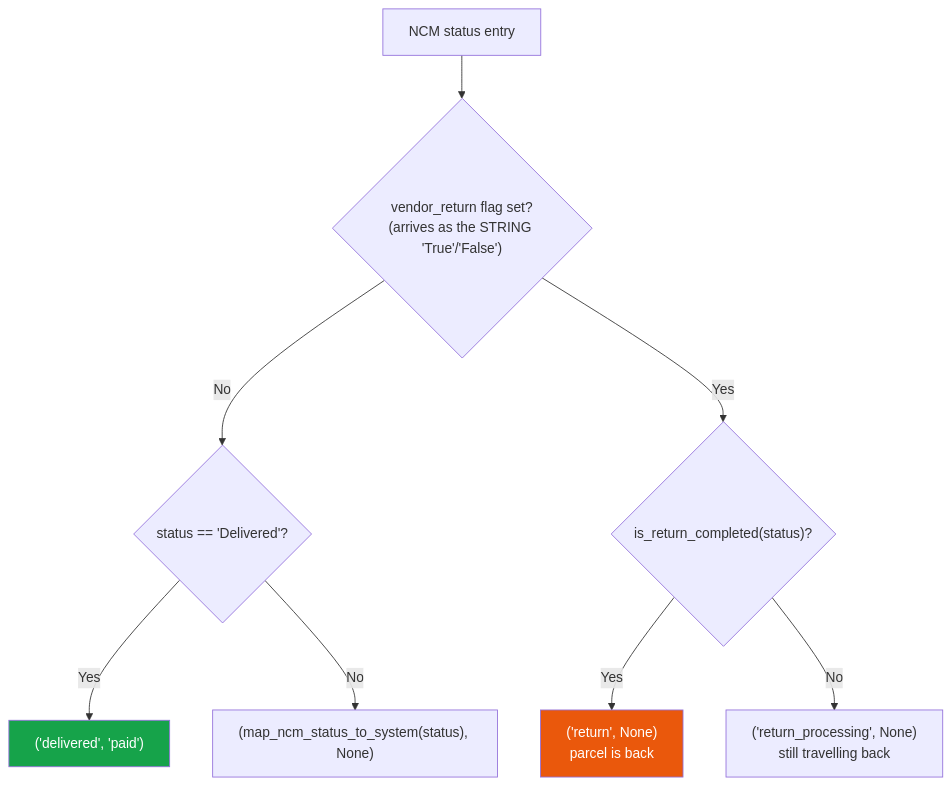
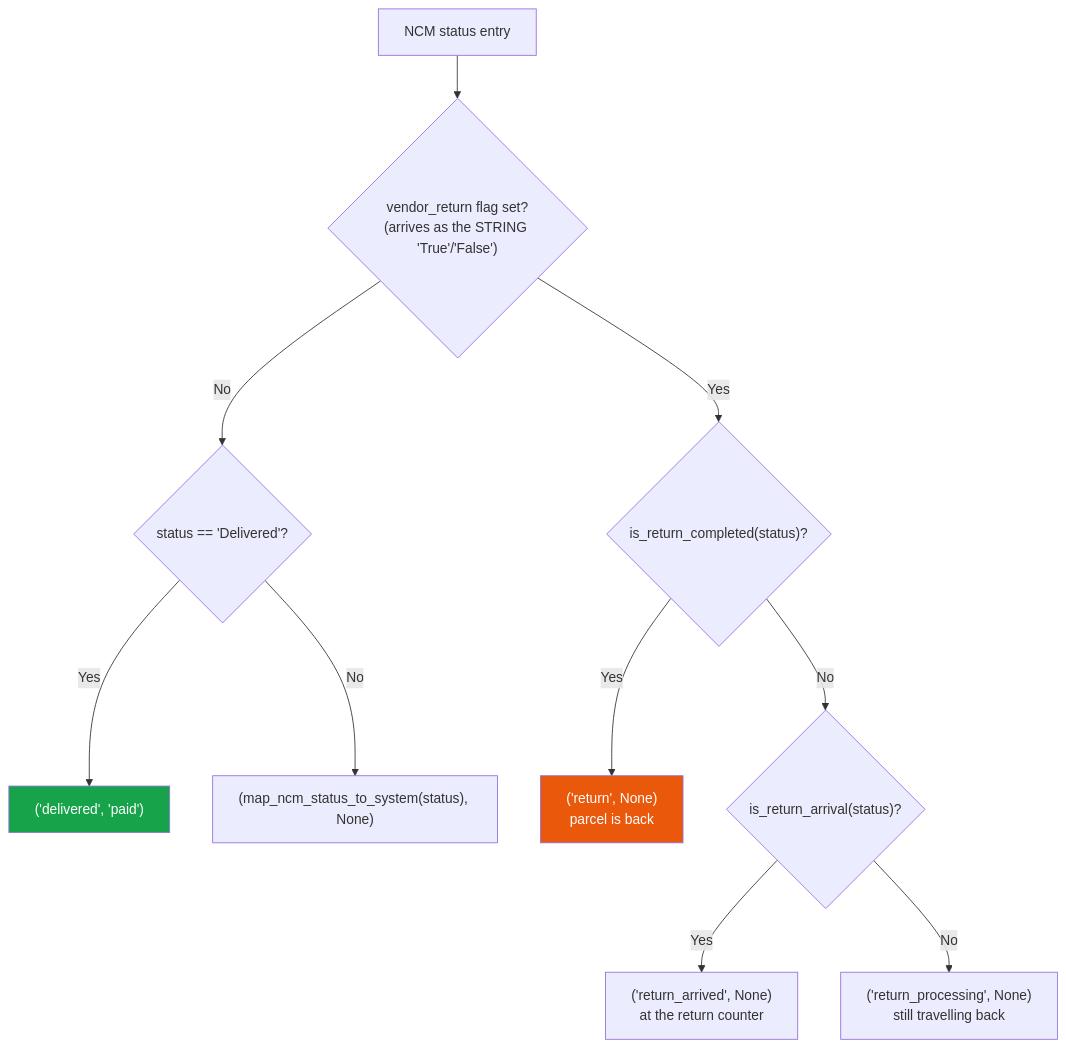
Before and after one commit to milanmagrati/E-commerce-Project: the third of 5 diagrams in myproject/docs/07-order-statuses.md, drawn with Mermaid. The commit also changed other lines of this file and 7 other files, not shown here.

First line of the commit message:
Document the return-arrived status and the "arrived" trap it creates

````diff
--- a/myproject/docs/07-order-statuses.md
+++ b/myproject/docs/07-order-statuses.md
@@ -287,13 +304,15 @@
 ```mermaid
 flowchart TD
     A["NCM status entry"] --> B{"vendor_return flag set?<br/>(arrives as the STRING 'True'/'False')"}
     B -- No --> C{status == 'Delivered'?}
     C -- Yes --> D["('delivered', 'paid')"]
     C -- No --> E["(map_ncm_status_to_system(status), None)"]
     B -- Yes --> F{"is_return_completed(status)?"}
     F -- Yes --> G["('return', None)<br/>parcel is back"]
-    F -- No --> H["('return_processing', None)<br/>still travelling back"]
+    F -- No --> I{"is_return_arrival(status)?"}
+    I -- Yes --> J["('return_arrived', None)<br/>at the return counter"]
+    I -- No --> H["('return_processing', None)<br/>still travelling back"]
 
     style D fill:#16a34a,color:#fff
     style G fill:#ea580c,color:#fff
 ```
````
